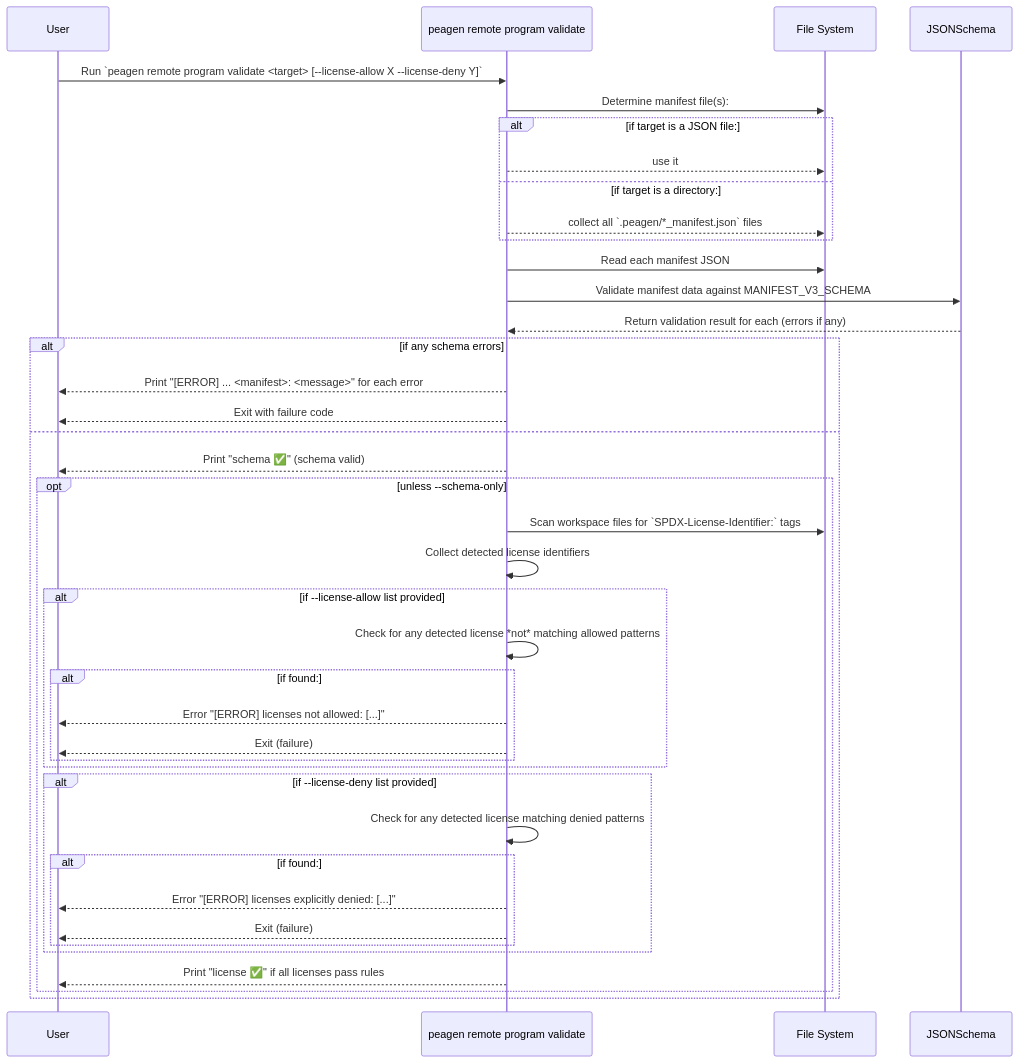
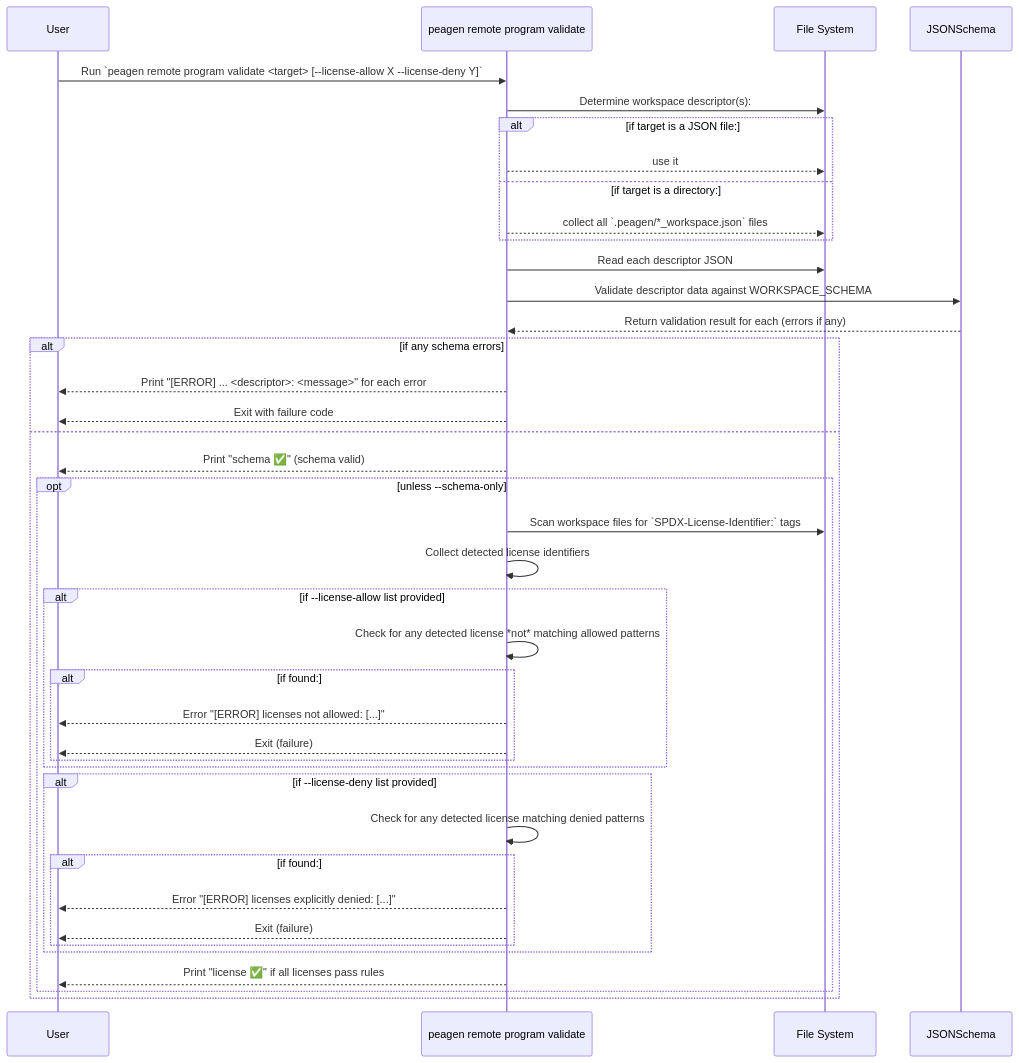
One commit to swarmauri/swarmauri-sdk changed the diagram in pkgs/standards/peagen/docs/call_flows/peagen_program_validate_remote.mmd. Above: the diagram before and after it, drawn with Mermaid. The commit also changed 35 other files, not shown here.

```diff
--- a/pkgs/standards/peagen/docs/call_flows/peagen_program_validate_remote.mmd
+++ b/pkgs/standards/peagen/docs/call_flows/peagen_program_validate_remote.mmd
@@ -1,40 +1,40 @@
 sequenceDiagram
     participant User
     participant CLI as peagen remote program validate
     participant FS as File System
     participant Schema as JSONSchema
     User ->> CLI: Run `peagen remote program validate <target> [--license-allow X --license-deny Y]`
-    CLI ->> FS: Determine manifest file(s):
-    alt if target is a JSON file: 
+    CLI ->> FS: Determine workspace descriptor(s):
+    alt if target is a JSON file:
         CLI -->> FS: use it
-    else if target is a directory: 
-        CLI -->> FS: collect all `.peagen/*_manifest.json` files
+    else if target is a directory:
+        CLI -->> FS: collect all `.peagen/*_workspace.json` files
     end
-    CLI ->> FS: Read each manifest JSON
-    CLI ->> Schema: Validate manifest data against MANIFEST_V3_SCHEMA
+    CLI ->> FS: Read each descriptor JSON
+    CLI ->> Schema: Validate descriptor data against WORKSPACE_SCHEMA
     Schema -->> CLI: Return validation result for each (errors if any)
     alt if any schema errors
-        CLI -->> User: Print "[ERROR] ... <manifest>: <message>" for each error
+        CLI -->> User: Print "[ERROR] ... <descriptor>: <message>" for each error
         CLI -->> User: Exit with failure code
     else
         CLI -->> User: Print "schema ✅" (schema valid)
         opt unless --schema-only
             CLI ->> FS: Scan workspace files for `SPDX-License-Identifier:` tags
             CLI ->> CLI: Collect detected license identifiers
             alt if --license-allow list provided
                 CLI ->> CLI: Check for any detected license *not* matching allowed patterns
                 alt if found:
                    CLI -->> User: Error "[ERROR] licenses not allowed: [...]"
                    CLI -->> User: Exit (failure)
                 end
             end
             alt if --license-deny list provided
                 CLI ->> CLI: Check for any detected license matching denied patterns
                 alt if found:
                    CLI -->> User: Error "[ERROR] licenses explicitly denied: [...]"
                    CLI -->> User: Exit (failure)
                 end
             end
             CLI -->> User: Print "license ✅" if all licenses pass rules
         end
     end
```
